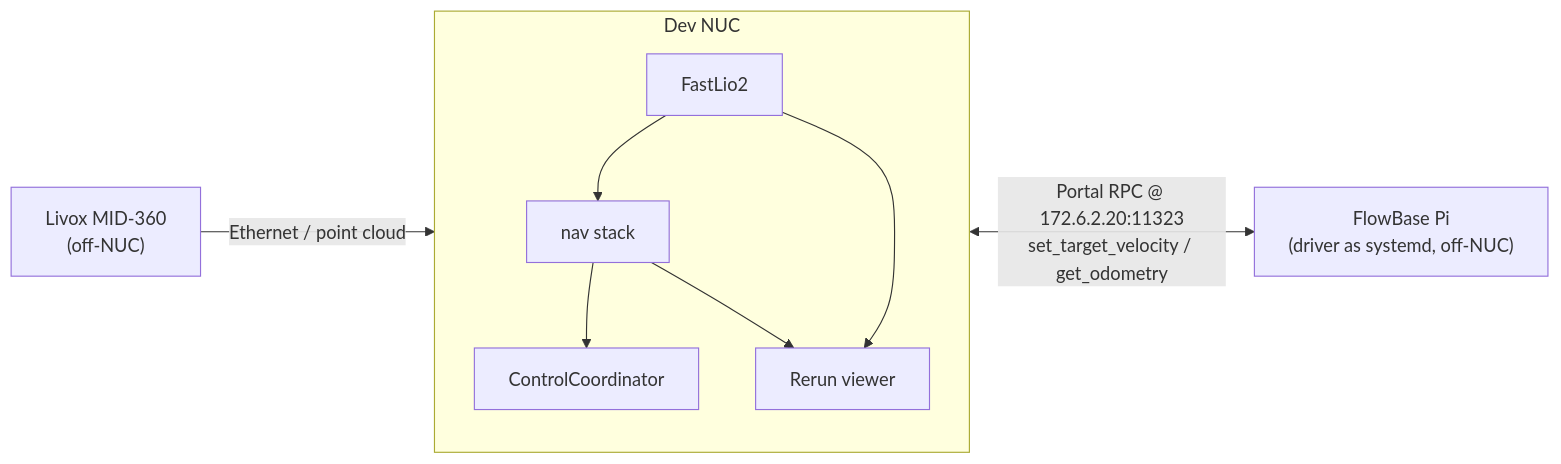
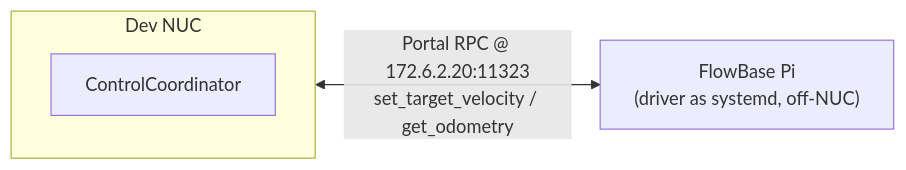
One commit to Harshith996/dimos changed the diagram in dimos/hardware/drive_trains/flowbase/README.md. Above: the diagram before and after it, drawn with Mermaid. The commit also changed other lines of this file and 58 other files, not shown here.

````diff
--- a/dimos/hardware/drive_trains/flowbase/README.md
+++ b/dimos/hardware/drive_trains/flowbase/README.md
@@ -8,12 +8,7 @@
 ```mermaid
 flowchart LR
-    MID["Livox MID-360<br/>(off-NUC)"] -->|Ethernet / point cloud| NUC
     subgraph NUC["Dev NUC"]
-        direction TB
-        F["FastLio2"] --> NS["nav stack"]
-        NS --> CC["ControlCoordinator"]
-        F --> R["Rerun viewer"]
-        NS --> R
+        CC["ControlCoordinator"]
     end
     NUC <-->|"Portal RPC @ 172.6.2.20:11323<br/>set_target_velocity / get_odometry"| PI["FlowBase Pi<br/>(driver as systemd, off-NUC)"]
 ```
````
